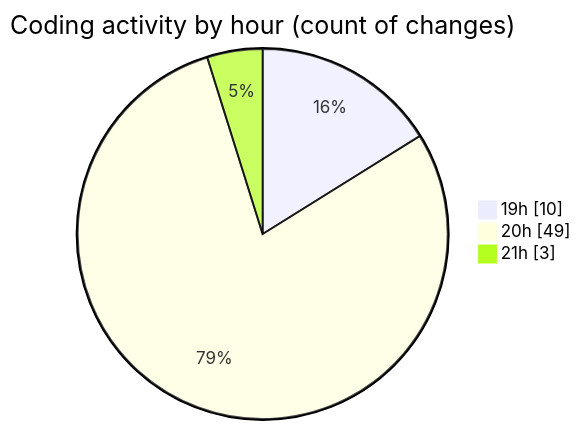
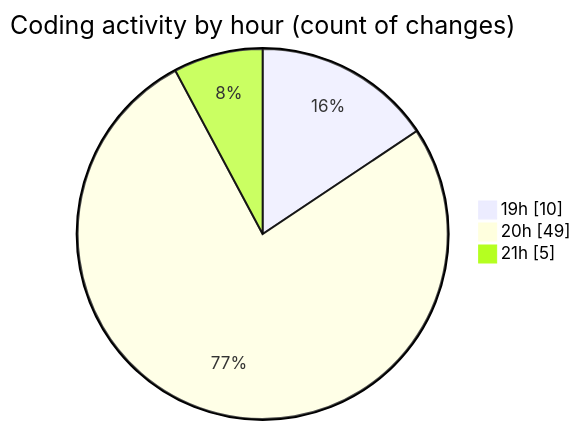
The second of 2 diagrams in 2025-01-28/trollerboard/README.md (charlie-sans/code-tracking), drawn with Mermaid before and after one commit. The commit also changed other lines of this file and 1 other file, not shown here.

````diff
--- a/2025-01-28/trollerboard/README.md
+++ b/2025-01-28/trollerboard/README.md
@@ -37,7 +37,7 @@
 ```mermaid
 pie showData
 title Coding activity by hour (count of changes)
 "19h" : 10
 "20h" : 49
-"21h" : 3
+"21h" : 5
 ```
````
